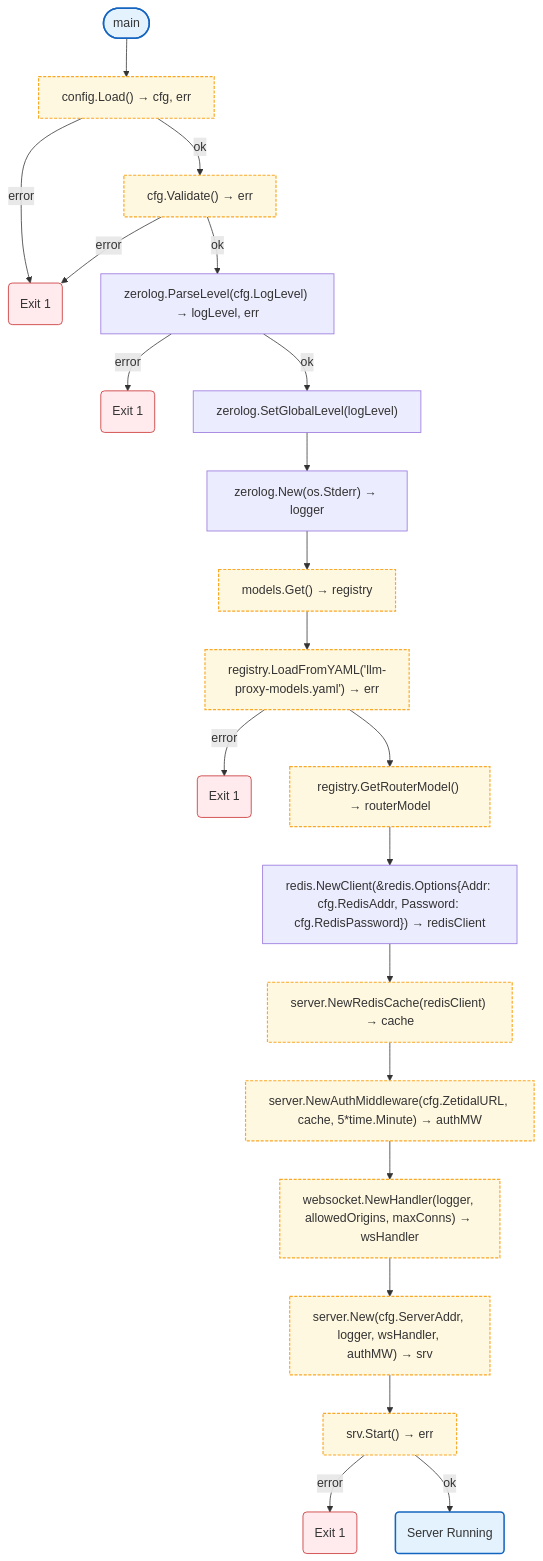
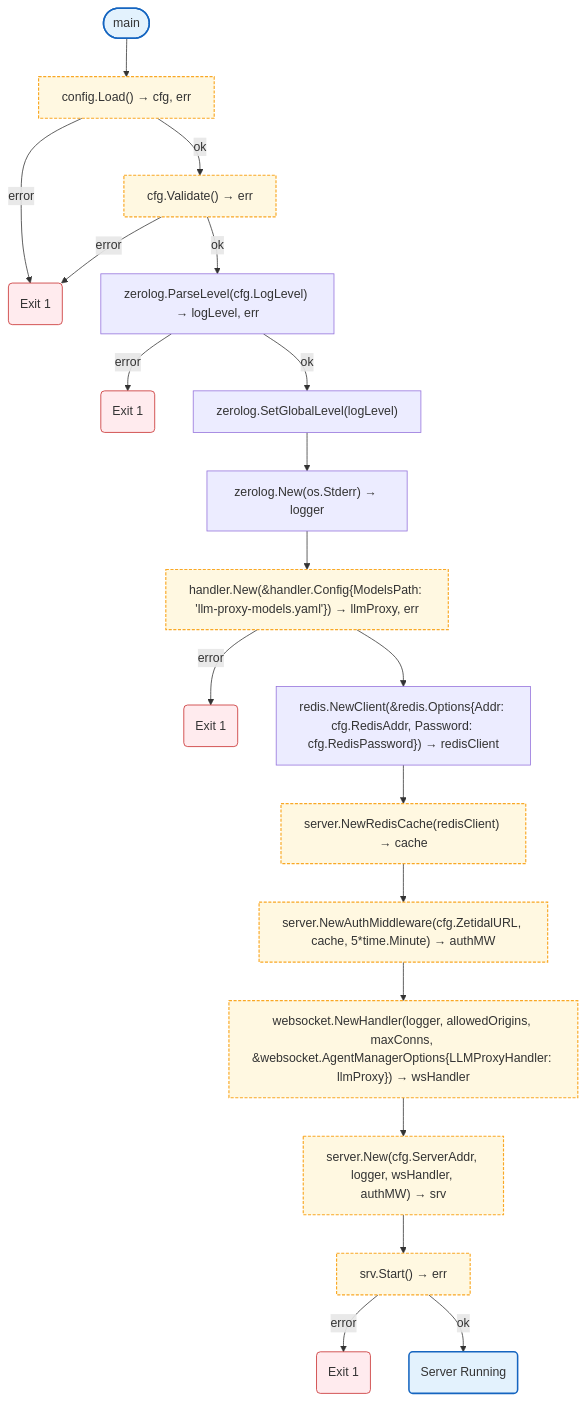
The diagram in docs/cmd/gateway.md (radch-ai/ava), drawn with Mermaid before and after one commit. The commit also changed other lines of this file and 4 other files, not shown here.

First line of the commit message:
refactor: simplify LLM proxy SDK initialization

````diff
--- a/docs/cmd/gateway.md
+++ b/docs/cmd/gateway.md
@@ -7,41 +7,37 @@
 ```mermaid
 flowchart TB
     Start([main]) --> LoadCfg["config.Load() → cfg, err"]
     LoadCfg -->|error| Exit1("Exit 1")
     LoadCfg -->|ok| ValidateCfg["cfg.Validate() → err"]
     ValidateCfg -->|error| Exit1
     ValidateCfg -->|ok| ParseLevel["zerolog.ParseLevel(cfg.LogLevel) → logLevel, err"]
     ParseLevel -->|error| Exit2("Exit 1")
     ParseLevel -->|ok| SetLevel["zerolog.SetGlobalLevel(logLevel)"]
      SetLevel --> CreateLogger["zerolog.New(os.Stderr) → logger"]
-      CreateLogger --> GetRegistry["models.Get() → registry"]
-      GetRegistry --> LoadModels["registry.LoadFromYAML('llm-proxy-models.yaml') → err"]
-     LoadModels -->|error| ExitModel("Exit 1")
-    LoadModels --> GetRouter["registry.GetRouterModel() → routerModel"]
-    GetRouter --> InitRedis["redis.NewClient(&redis.Options{Addr: cfg.RedisAddr, Password: cfg.RedisPassword}) → redisClient"]
+      CreateLogger --> InitProxy["handler.New(&handler.Config{ModelsPath: 'llm-proxy-models.yaml'}) → llmProxy, err"]
+      InitProxy -->|error| ExitProxy("Exit 1")
+     InitProxy --> InitRedis["redis.NewClient(&redis.Options{Addr: cfg.RedisAddr, Password: cfg.RedisPassword}) → redisClient"]
     InitRedis --> CreateCache["server.NewRedisCache(redisClient) → cache"]
     CreateCache --> CreateAuthMW["server.NewAuthMiddleware(cfg.ZetidalURL, cache, 5*time.Minute) → authMW"]
-    CreateAuthMW --> CreateWS["websocket.NewHandler(logger, allowedOrigins, maxConns) → wsHandler"]
+    CreateAuthMW --> CreateWS["websocket.NewHandler(logger, allowedOrigins, maxConns, &websocket.AgentManagerOptions{LLMProxyHandler: llmProxy}) → wsHandler"]
     CreateWS --> CreateServer["server.New(cfg.ServerAddr, logger, wsHandler, authMW) → srv"]
     CreateServer --> StartServer["srv.Start() → err"]
     StartServer -->|error| Exit3("Exit 1")
     StartServer -->|ok| Running("Server Running")
 
     click LoadCfg href "../config/README.md"
     click ValidateCfg href "../config/README.md"
-    click GetRegistry href "https://github.com/nevaria-ai/llm-proxy-sdk"
-    click LoadModels href "https://github.com/nevaria-ai/llm-proxy-sdk"
-    click GetRouter href "https://github.com/nevaria-ai/llm-proxy-sdk"
+    click InitProxy href "https://github.com/nevaria-ai/llm-proxy-sdk"
     click CreateCache href "../internal/server/README.md"
     click CreateAuthMW href "../internal/server/README.md"
     click CreateWS href "../internal/websocket.md"
     click CreateServer href "../internal/server/README.md"
 
     classDef mainFn fill:#e3f2fd,stroke:#1565c0,stroke-width:2px
     classDef localPkgs fill:#fff8e1,stroke:#f9a825,stroke-width:1.5px,stroke-dasharray:4 2
     classDef errorFlow fill:#ffebee,stroke:#c62828,stroke-width:1px
 
     class Start,Running mainFn
-    class Exit1,Exit2,Exit3,ExitModel errorFlow
-    class LoadCfg,ValidateCfg,GetRegistry,LoadModels,GetRouter,CreateCache,CreateAuthMW,CreateWS,CreateServer,StartServer localPkgs
+    class Exit1,Exit2,Exit3,ExitProxy errorFlow
+    class LoadCfg,ValidateCfg,InitProxy,CreateCache,CreateAuthMW,CreateWS,CreateServer,StartServer localPkgs
 ```
````
